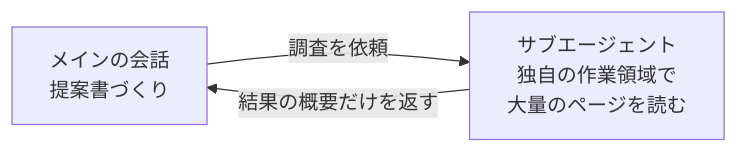
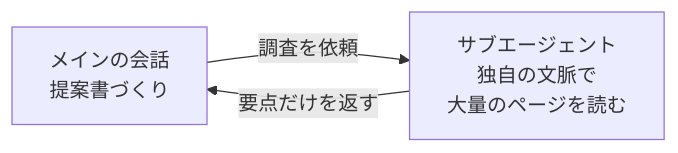
The diagram in curriculums/part-03_Claude-Code-基礎/chapter-04_外部連携と拡張/3-4-2_サブエージェントで並列に任せる.md (coachtech-material/pj_X), drawn with Mermaid before and after one commit. The commit also changed other lines of this file and 36 other files, not shown here.

````diff
--- a/curriculums/part-03_Claude-Code-基礎/chapter-04_外部連携と拡張/3-4-2_サブエージェントで並列に任せる.md
+++ b/curriculums/part-03_Claude-Code-基礎/chapter-04_外部連携と拡張/3-4-2_サブエージェントで並列に任せる.md
@@ -31,5 +37,5 @@
 ```mermaid
 flowchart LR
-    A["メインの会話<br>提案書づくり"] -- 調査を依頼 --> B["サブエージェント<br>独自の作業領域で<br>大量のページを読む"]
-    B -- 結果の概要だけを返す --> A
+    A["メインの会話<br>提案書づくり"] -- 調査を依頼 --> B["サブエージェント<br>独自の文脈で<br>大量のページを読む"]
+    B -- 要点だけを返す --> A
 ```
````
